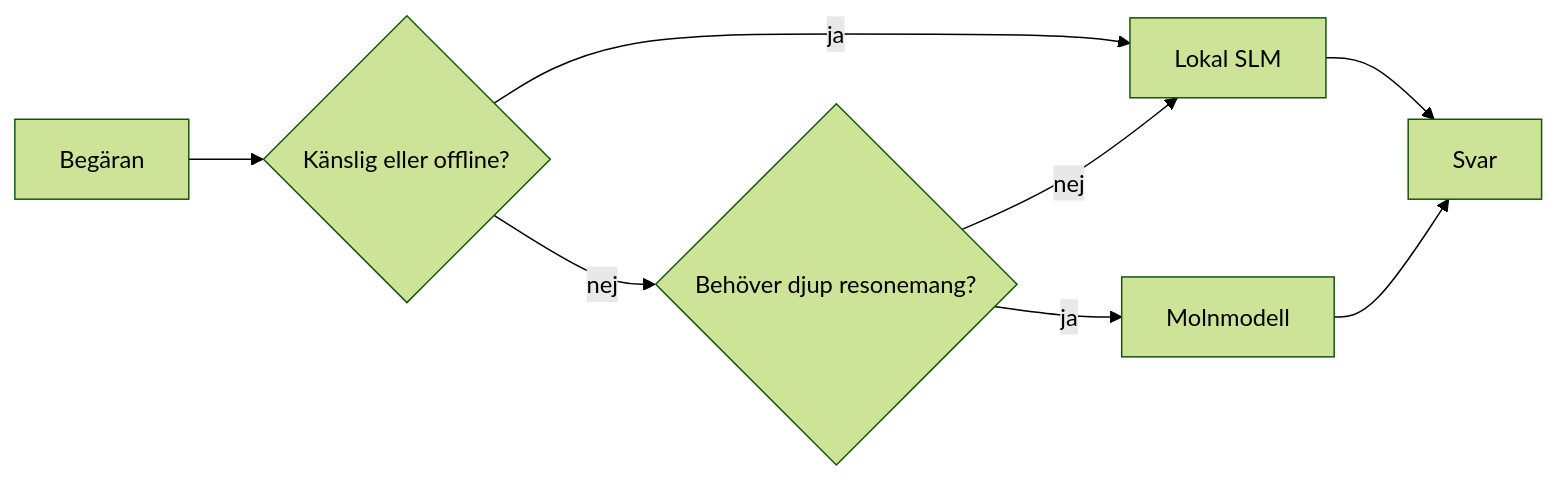
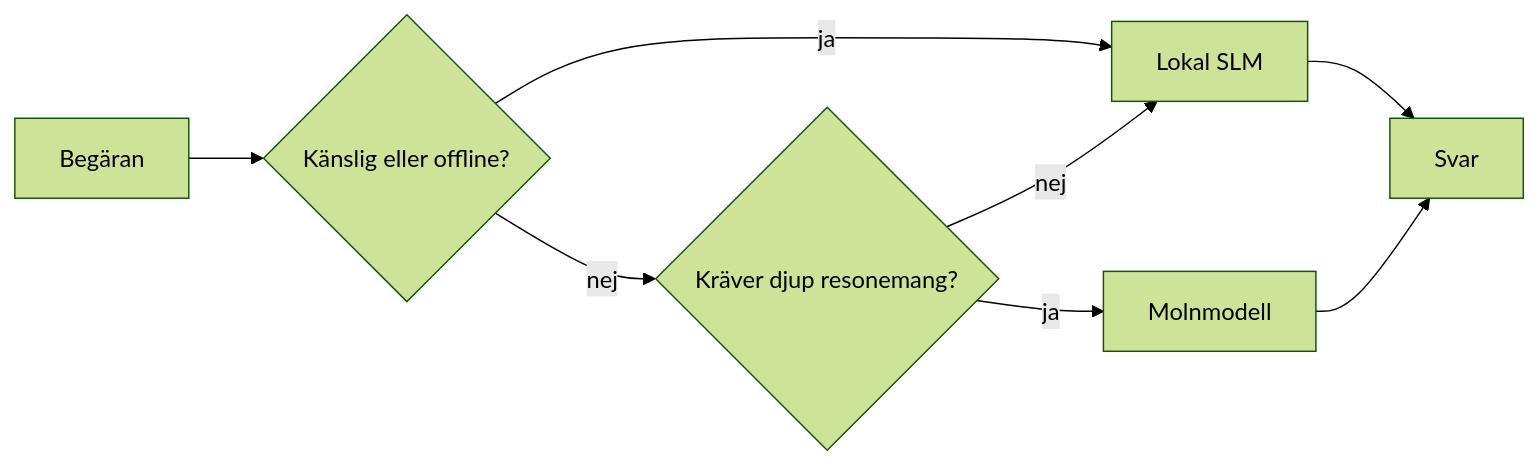
The fourth of 4 diagrams in mirrors/repos/microsoft@ai-agents-for-beginners/translations/sv/17-creating-local-ai-agents/README.md (gabrielmoreira/agent-skills-mirror), drawn with Mermaid (forest theme) before and after one commit. The commit also changed other lines of this file and 4262 other files, not shown here.

````diff
--- a/mirrors/repos/microsoft@ai-agents-for-beginners/translations/sv/17-creating-local-ai-agents/README.md
+++ b/mirrors/repos/microsoft@ai-agents-for-beginners/translations/sv/17-creating-local-ai-agents/README.md
@@ -156,10 +156,10 @@
 ```mermaid
 flowchart LR
     Q[Begäran] --> S{Känslig eller offline?}
     S -->|ja| L[Lokal SLM]
-    S -->|nej| C{Behöver djup resonemang?}
+    S -->|nej| C{Kräver djup resonemang?}
     C -->|nej| L
     C -->|ja| Cloud[Molnmodell]
     L --> Out[Svar]
     Cloud --> Out
 ```
````
